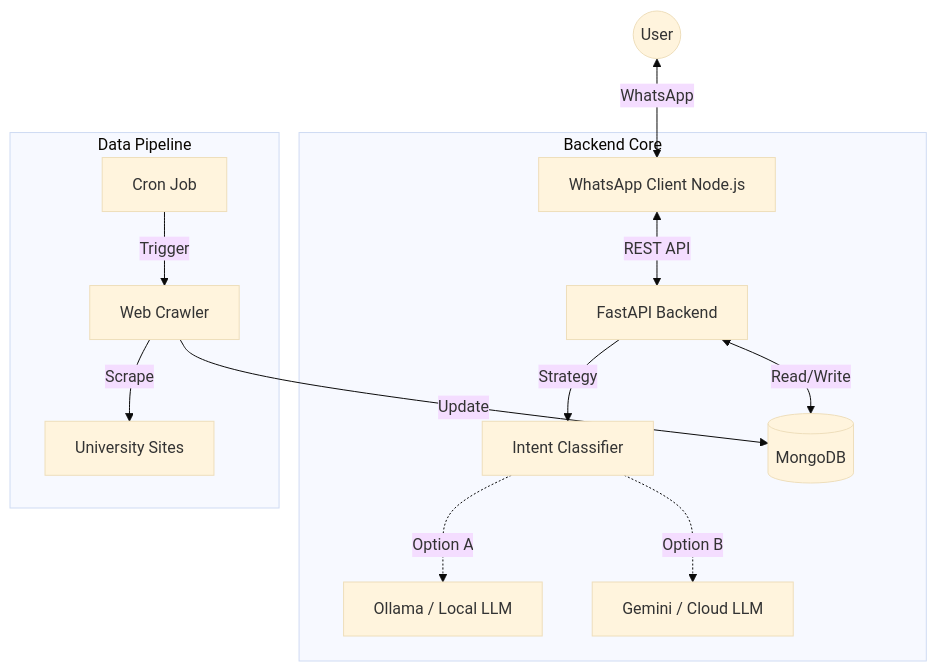
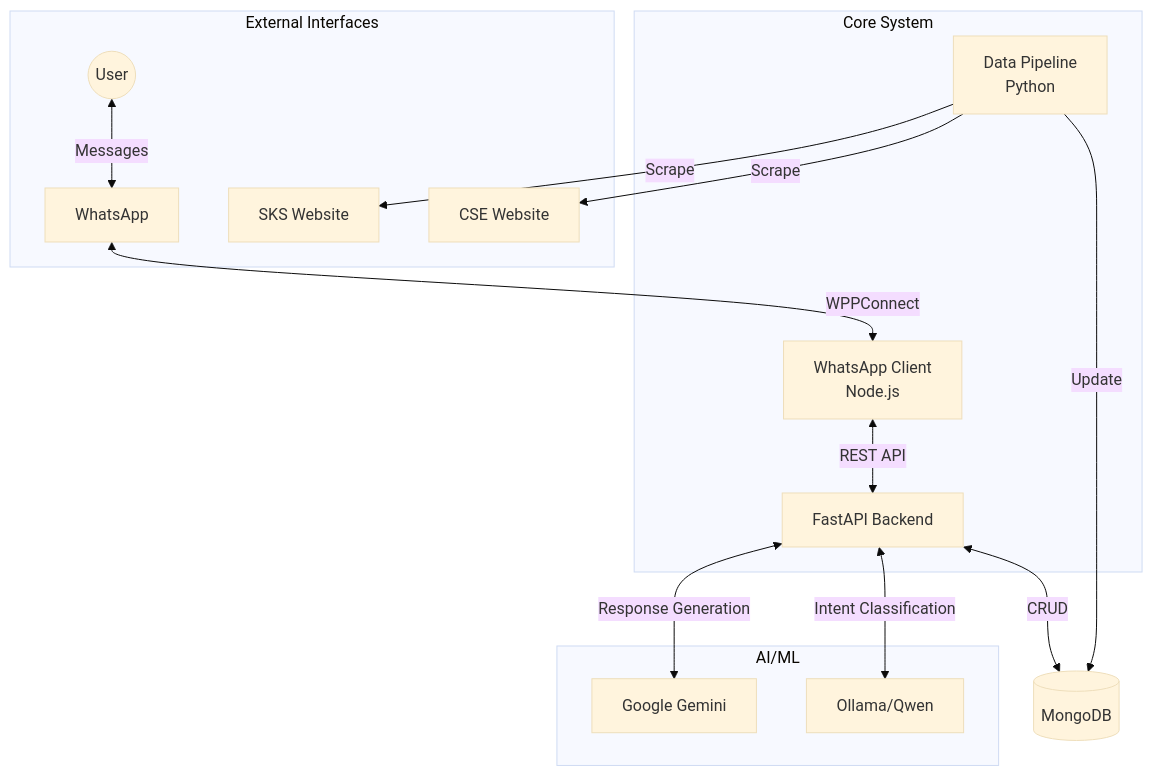
Before and after one commit to Akdeniz-CSE-Students/csebot_documentation: the first of 5 diagrams in architecture.mdx, drawn with Mermaid (base theme). The commit also changed other lines of this file and 3 other files, not shown here.

Commit message:
docs: Enhance project overview and architecture documentation with detailed design pattern explanations and new architectural diagrams.

````diff
--- a/architecture.mdx
+++ b/architecture.mdx
@@ -16,18 +10,34 @@
 ```mermaid
 graph TD
-    User((User)) <-->|WhatsApp| WA[WhatsApp Client Node.js]
+    subgraph "External Interfaces"
+        User((User))
+        WA[WhatsApp]
+        SKS[SKS Website]
+        CSE[CSE Website]
+    end
     
-    subgraph "Backend Core"
-        WA <-->|REST API| API[FastAPI Backend]
-        API -->|Strategy| CL[Intent Classifier]
-        CL -.->|Option A| OLL[Ollama / Local LLM]
-        CL -.->|Option B| GEM[Gemini / Cloud LLM]
-        API <-->|Read/Write| DB[(MongoDB)]
+    subgraph "Core System"
+        WAClient[WhatsApp Client<br/>Node.js]
+        API[FastAPI Backend]
+        Pipeline[Data Pipeline<br/>Python]
     end
-
-    subgraph "Data Pipeline"
-        Crawler[Web Crawler] -->|Scrape| Websites[University Sites]
-        Crawler -->|Update| DB
-        Scheduler[Cron Job] -->|Trigger| Crawler
+    
+    subgraph "AI/ML"
+        Gemini[Google Gemini]
+        Ollama[Ollama/Qwen]
     end
+    
+    DB[(MongoDB)]
+    
+    User <-->|Messages| WA
+    WA <-->|WPPConnect| WAClient
+    WAClient <-->|REST API| API
+    
+    API <-->|Intent Classification| Ollama
+    API <-->|Response Generation| Gemini
+    API <-->|CRUD| DB
+    
+    Pipeline -->|Scrape| SKS
+    Pipeline -->|Scrape| CSE
+    Pipeline -->|Update| DB
 ```
````
